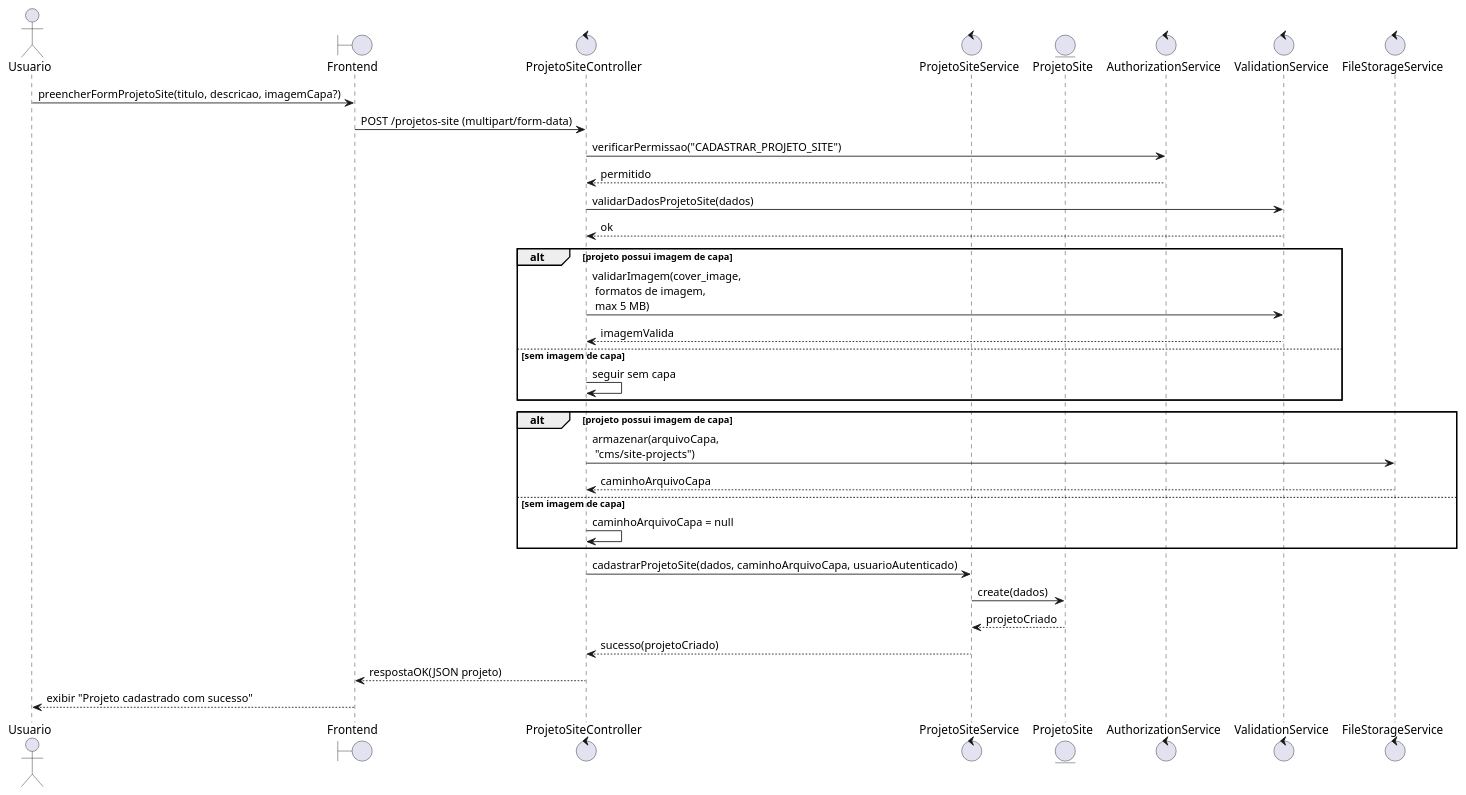
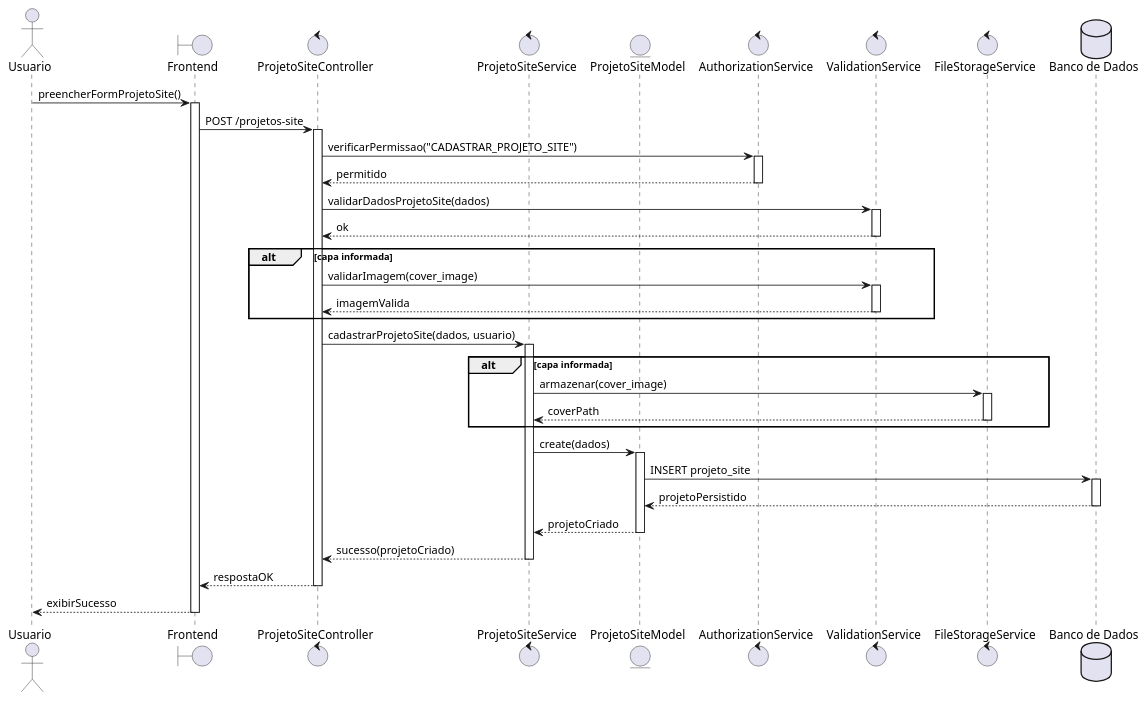
Before and after one commit to ICEI-PUC-Minas-PPLES-TI/plf-es-2025-2-tcci-0393100-dev-bernardo-biondini: the diagram in Artefatos/Sequencia/cad_pro_sit.puml, drawn with PlantUML. The commit also changed 165 other files, not shown here.

Commit message:
Adequações dos diagramas de Sequencia e Comunicação as exigências da banca

```diff
--- a/Artefatos/Sequencia/cad_pro_sit.puml
+++ b/Artefatos/Sequencia/cad_pro_sit.puml
@@ -1,44 +1,55 @@
 @startuml
 actor Usuario
 
 boundary Frontend as FE
 control ProjetoSiteController as C
 control ProjetoSiteService as S
-entity ProjetoSite as M
+entity ProjetoSiteModel as M
 control AuthorizationService as AuthZ
 control ValidationService as Val
 control FileStorageService as FS
+database "Banco de Dados" as DB
 
-Usuario -> FE : preencherFormProjetoSite(titulo, descricao, imagemCapa?)
-FE -> C : POST /projetos-site (multipart/form-data)
+Usuario -> FE : preencherFormProjetoSite()
+activate FE
+FE -> C : POST /projetos-site
+activate C
+C -> AuthZ : verificarPermissao("CADASTRAR_PROJETO_SITE")
+activate AuthZ
+AuthZ --> C : permitido
+deactivate AuthZ
+C -> Val : validarDadosProjetoSite(dados)
+activate Val
+Val --> C : ok
+deactivate Val
 
-C -> AuthZ : verificarPermissao("CADASTRAR_PROJETO_SITE")
-AuthZ --> C : permitido
-
-C -> Val : validarDadosProjetoSite(dados)
-Val --> C : ok
-
-alt projeto possui imagem de capa
-    C -> Val : validarImagem(cover_image,\n formatos de imagem,\n max 5 MB)
-    Val --> C : imagemValida
-else sem imagem de capa
-    C -> C : seguir sem capa
+alt capa informada
+  C -> Val : validarImagem(cover_image)
+  activate Val
+  Val --> C : imagemValida
+  deactivate Val
 end
 
-alt projeto possui imagem de capa
-    C -> FS : armazenar(arquivoCapa,\n "cms/site-projects")
-    FS --> C : caminhoArquivoCapa
-else sem imagem de capa
-    C -> C : caminhoArquivoCapa = null
+C -> S : cadastrarProjetoSite(dados, usuario)
+activate S
+alt capa informada
+  S -> FS : armazenar(cover_image)
+  activate FS
+  FS --> S : coverPath
+  deactivate FS
 end
-
-C -> S : cadastrarProjetoSite(dados, caminhoArquivoCapa, usuarioAutenticado)
-
 S -> M : create(dados)
+activate M
+M -> DB : INSERT projeto_site
+activate DB
+DB --> M : projetoPersistido
+deactivate DB
 M --> S : projetoCriado
-
+deactivate M
 S --> C : sucesso(projetoCriado)
-C --> FE : respostaOK(JSON projeto)
-FE --> Usuario : exibir "Projeto cadastrado com sucesso"
-
+deactivate S
+C --> FE : respostaOK
+deactivate C
+FE --> Usuario : exibirSucesso
+deactivate FE
 @enduml
```
